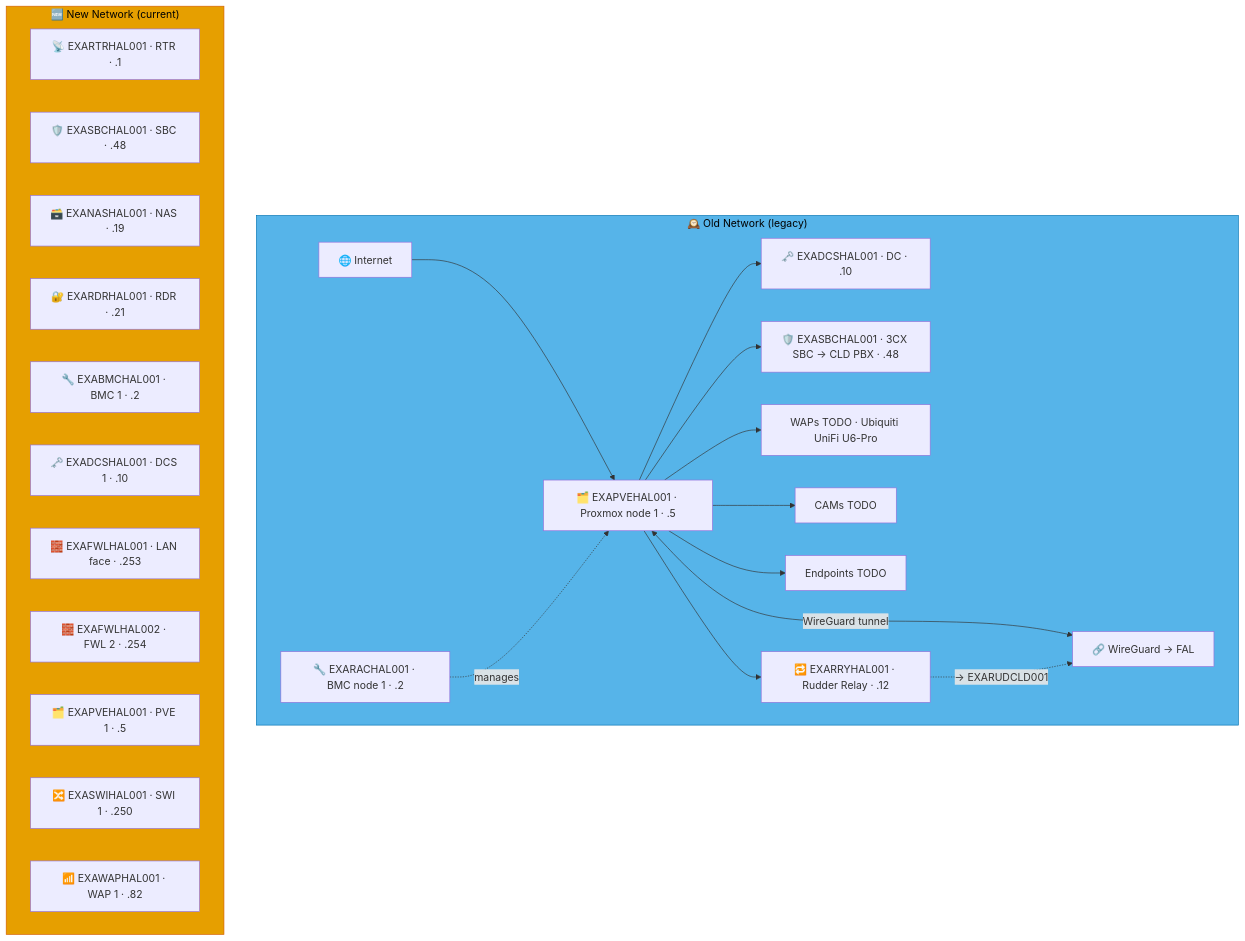
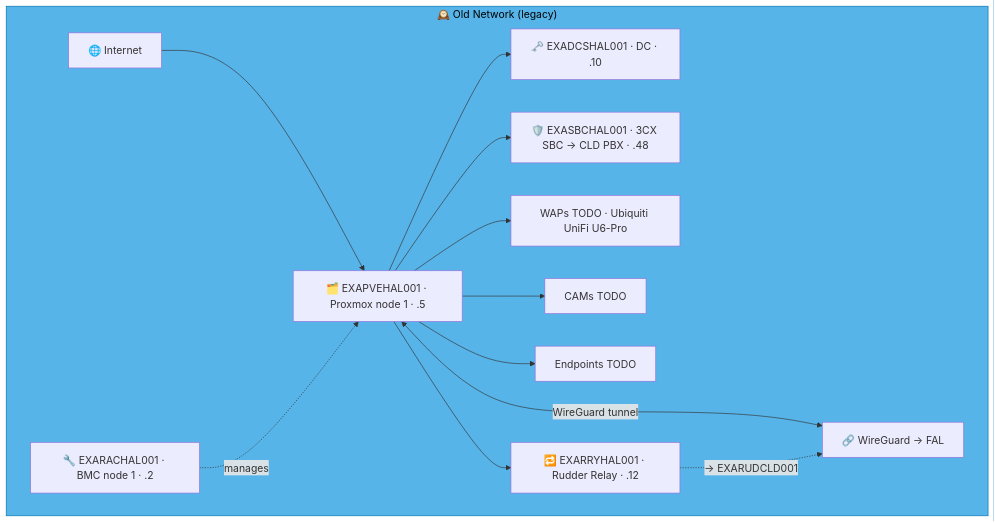
Before and after one commit to knightmare2600/example_music_infra: diagram 13 of 18 in docs/network-diagram/england.md, drawn with Mermaid. The commit also changed other lines of this file and 35 other files, not shown here.

````diff
--- a/docs/network-diagram/england.md
+++ b/docs/network-diagram/england.md
@@ -381,40 +535,24 @@
 ```mermaid
 graph TD
     subgraph OLD_HAL ["🕰️ Old Network (legacy)"]
       INET["🌐 Internet"]
       RAC["🔧 EXARACHAL001 · BMC node 1 · .2"]
       PVE["🗂️ EXAPVEHAL001 · Proxmox node 1 · .5"]
       DC["🗝️ EXADCSHAL001 · DC · .10"]
       SBC["🛡️ EXASBCHAL001 · 3CX SBC → CLD PBX · .48"]
       RRY["🔁 EXARRYHAL001 · Rudder Relay · .12"]
       WAP["WAPs TODO · Ubiquiti UniFi U6-Pro"]
       CAM["CAMs TODO"]
       EP["Endpoints TODO"]
       VPN["🔗 WireGuard → FAL"]
 
       INET --> PVE --> DC & SBC
       RAC -.->|"manages"| PVE
       PVE --> WAP & CAM & EP
       PVE <-->|"WireGuard tunnel"| VPN
 
       PVE --> RRY
       RRY -. "→ EXARUDCLD001" .-> VPN
     end
     style OLD_HAL fill:#56B4E9,stroke:#0072B2,color:#000000
-    %% GENERATED:NEW-NETWORK:HAL:START
-    subgraph NEW_HAL ["🆕 New Network (current)"]
-      N_RTR["📡 EXARTRHAL001 · RTR · .1"]
-      N_SBC["🛡️ EXASBCHAL001 · SBC · .48"]
-      N_NAS["🗃️ EXANASHAL001 · NAS · .19"]
-      N_RDR["🔐 EXARDRHAL001 · RDR · .21"]
-      N_BMC["🔧 EXABMCHAL001 · BMC 1 · .2"]
-      N_DCS["🗝️ EXADCSHAL001 · DCS 1 · .10"]
-      N_FWL["🧱 EXAFWLHAL001 · LAN face · .253"]
-      N_FWL2["🧱 EXAFWLHAL002 · FWL 2 · .254"]
-      N_PVE["🗂️ EXAPVEHAL001 · PVE 1 · .5"]
-      N_SWI["🔀 EXASWIHAL001 · SWI 1 · .250"]
-      N_WAP["📶 EXAWAPHAL001 · WAP 1 · .82"]
-    end
-    style NEW_HAL fill:#E69F00,stroke:#D55E00,color:#000000
-    %% GENERATED:NEW-NETWORK:HAL:END
 ```
````
